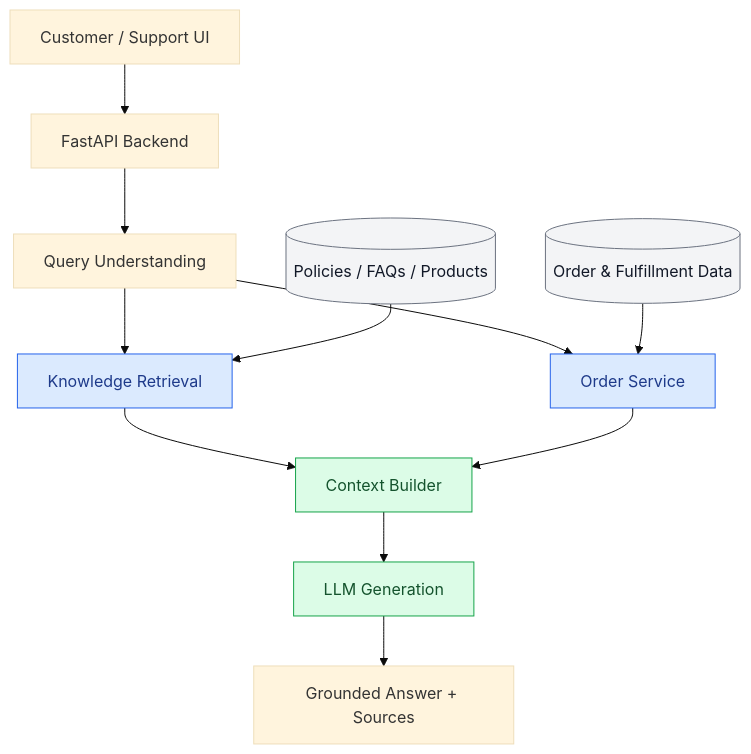
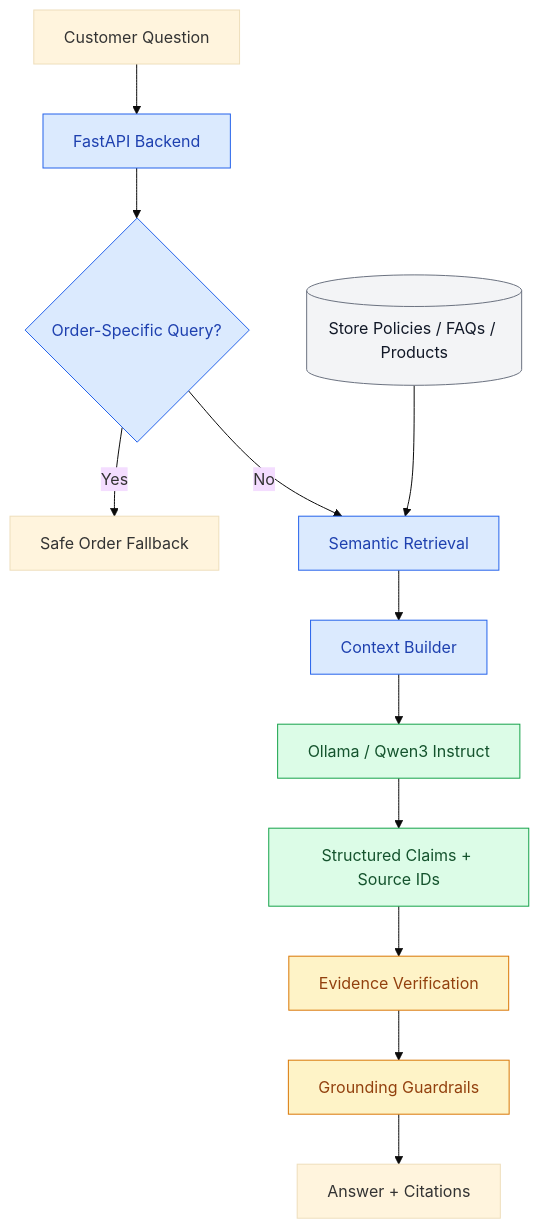
One commit to MausamThakrar/ai-commerce-support-assistant changed the diagram in README.md. Above: the diagram before and after it, drawn with Mermaid (base theme). The commit also changed other lines of this file, not shown here.

Commit message:
docs: update README with Ollama RAG architecture

````diff
--- a/README.md
+++ b/README.md
@@ -17,25 +17,26 @@
 ```mermaid
 flowchart TD
-    A["Customer / Support UI"] --> B["FastAPI Backend"]
-    B --> C["Query Understanding"]
+    A["Customer Question"] --> B["FastAPI Backend"]
+    B --> C{"Order-Specific Query?"}
 
-    C --> D["Knowledge Retrieval"]
-    C --> E["Order Service"]
+    C -->|Yes| D["Safe Order Fallback"]
+    C -->|No| E["Semantic Retrieval"]
 
-    I[("Policies / FAQs / Products")] --> D
-    J[("Order & Fulfillment Data")] --> E
+    K[("Store Policies / FAQs / Products")] --> E
+    E --> F["Context Builder"]
+    F --> G["Ollama / Qwen3 Instruct"]
+    G --> H["Structured Claims + Source IDs"]
+    H --> I["Evidence Verification"]
+    I --> J["Grounding Guardrails"]
+    J --> L["Answer + Citations"]
 
-    D --> F["Context Builder"]
-    E --> F
+    classDef api fill:#dbeafe,stroke:#2563eb,color:#1e40af
+    classDef model fill:#dcfce7,stroke:#16a34a,color:#14532d
+    classDef validation fill:#fef3c7,stroke:#d97706,color:#92400e
+    classDef data fill:#f3f4f6,stroke:#6b7280,color:#111827
 
-    F --> G["LLM Generation"]
-    G --> H["Grounded Answer + Sources"]
-
-    classDef retrieval fill:#dbeafe,stroke:#2563eb,color:#1e3a8a
-    classDef generation fill:#dcfce7,stroke:#16a34a,color:#14532d
-    classDef storage fill:#f3f4f6,stroke:#6b7280,color:#111827
-
-    class D,E retrieval
-    class F,G generation
-    class I,J storage
+    class B,C,E,F api
+    class G,H model
+    class I,J validation
+    class K data
 ```
````
